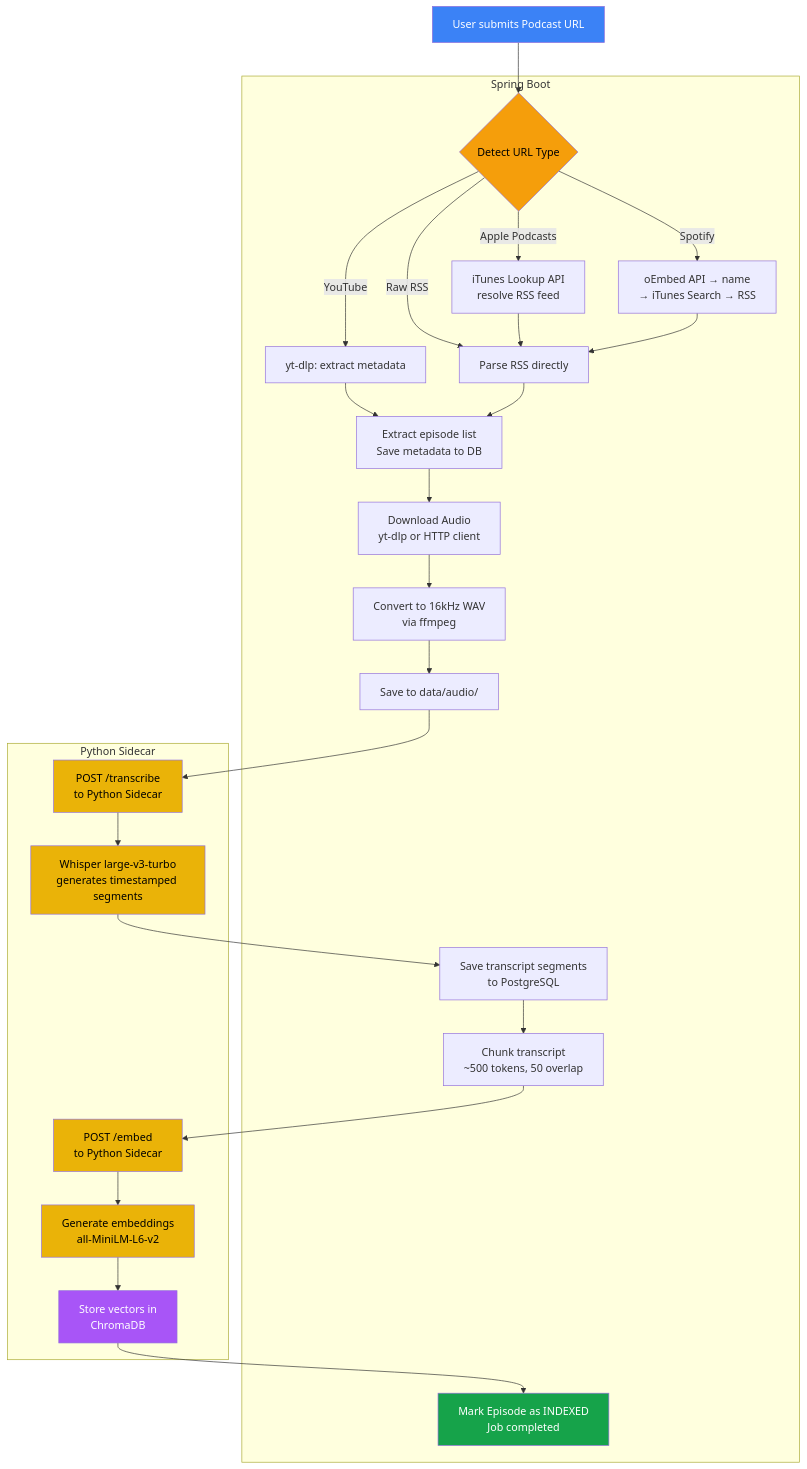
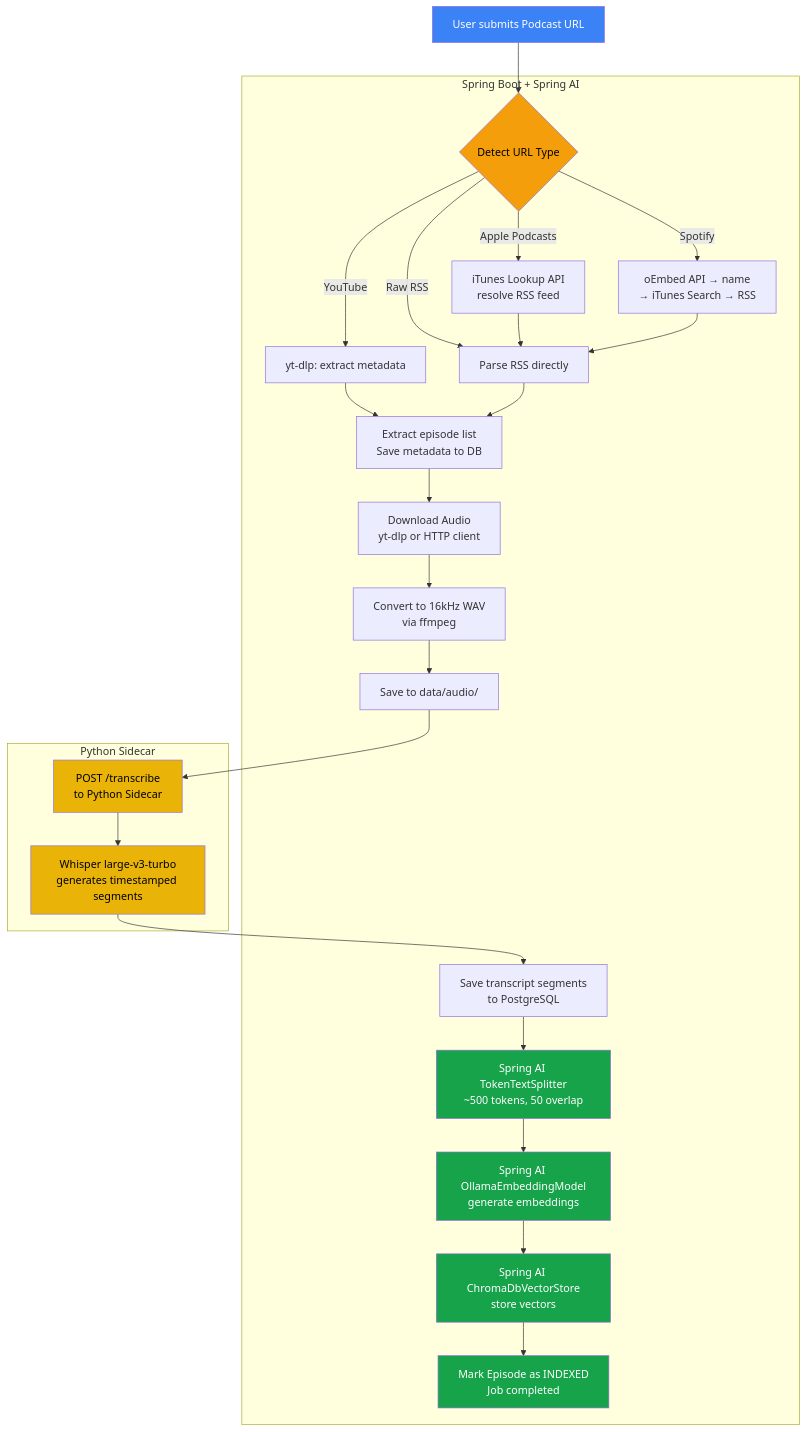
Before and after one commit to jsohi/localloom: the second of 7 diagrams in docs/DIAGRAMS.md, drawn with Mermaid. The commit also changed other lines of this file and 1 other file, not shown here.

First line of the commit message:
Adopt Spring AI for embeddings, RAG, and LLM integration

````diff
--- a/docs/DIAGRAMS.md
+++ b/docs/DIAGRAMS.md
@@ -75,61 +77,59 @@
 ```mermaid
 flowchart TD
     A[User submits Podcast URL] --> B{Detect URL Type}
 
     B -->|YouTube| C[yt-dlp: extract metadata]
     B -->|Apple Podcasts| D[iTunes Lookup API<br/>resolve RSS feed]
     B -->|Spotify| E[oEmbed API → name<br/>→ iTunes Search → RSS]
     B -->|Raw RSS| F[Parse RSS directly]
 
     C --> G[Extract episode list<br/>Save metadata to DB]
     D --> F
     E --> F
     F --> G
 
     G --> H[Download Audio<br/>yt-dlp or HTTP client]
     H --> I[Convert to 16kHz WAV<br/>via ffmpeg]
     I --> J[Save to data/audio/]
 
     J --> K[POST /transcribe<br/>to Python Sidecar]
     K --> L[Whisper large-v3-turbo<br/>generates timestamped segments]
     L --> M[Save transcript segments<br/>to PostgreSQL]
 
-    M --> N[Chunk transcript<br/>~500 tokens, 50 overlap]
-    N --> O[POST /embed<br/>to Python Sidecar]
-    O --> P[Generate embeddings<br/>all-MiniLM-L6-v2]
-    P --> Q[Store vectors in<br/>ChromaDB]
+    M --> N[Spring AI TokenTextSplitter<br/>~500 tokens, 50 overlap]
+    N --> O[Spring AI OllamaEmbeddingModel<br/>generate embeddings]
+    O --> P[Spring AI ChromaDbVectorStore<br/>store vectors]
 
-    Q --> R[Mark Episode as INDEXED<br/>Job completed]
+    P --> R[Mark Episode as INDEXED<br/>Job completed]
 
     style A fill:#3b82f6,color:#fff
     style B fill:#f59e0b,color:#000
     style K fill:#eab308,color:#000
     style L fill:#eab308,color:#000
-    style O fill:#eab308,color:#000
-    style P fill:#eab308,color:#000
-    style Q fill:#a855f7,color:#fff
+    style N fill:#16a34a,color:#fff
+    style O fill:#16a34a,color:#fff
+    style P fill:#16a34a,color:#fff
     style R fill:#16a34a,color:#fff
 
-    subgraph Spring Boot
+    subgraph Spring Boot + Spring AI
         B
         C
         D
         E
         F
         G
         H
         I
         J
         M
         N
+        O
+        P
         R
     end
 
     subgraph Python Sidecar
         K
         L
-        O
-        P
-        Q
     end
 ```
````
